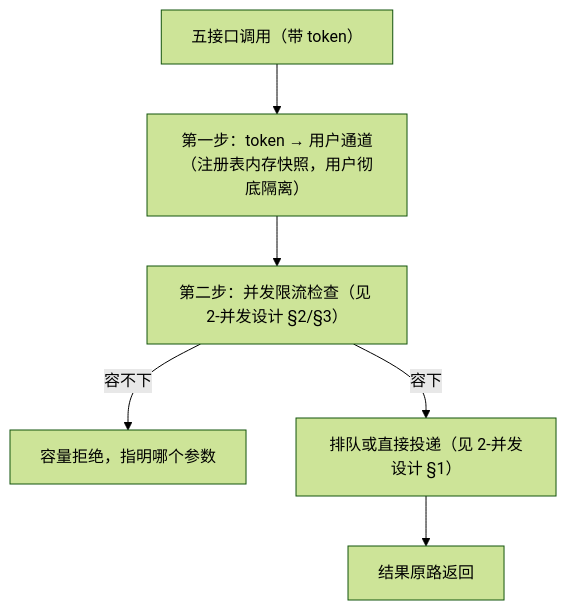
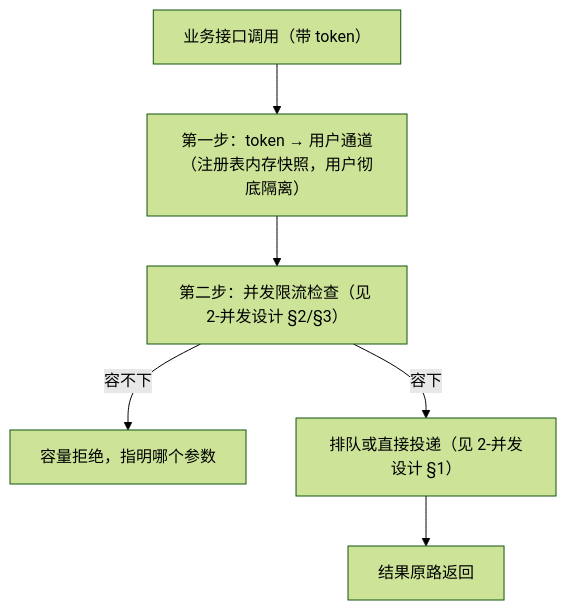
One commit to GentLau/virtuoso-bridge-NCS changed the diagram in spec/design-concepts/中层/3-路由设计.md. Above: the diagram before and after it, drawn with Mermaid (forest theme). The commit also changed other lines of this file and 8 other files, not shown here.

````diff
--- a/spec/design-concepts/中层/3-路由设计.md
+++ b/spec/design-concepts/中层/3-路由设计.md
@@ -17,8 +17,8 @@
 ```mermaid
 flowchart TD
-    A[五接口调用（带 token）] --> B["第一步：token → 用户通道（注册表内存快照，用户彻底隔离）"]
+    A[业务接口调用（带 token）] --> B["第一步：token → 用户通道（注册表内存快照，用户彻底隔离）"]
     B --> C["第二步：并发限流检查（见 2-并发设计 §2/§3）"]
     C -- 容不下 --> R["容量拒绝，指明哪个参数"]
     C -- 容下 --> D["排队或直接投递（见 2-并发设计 §1）"]
     D --> E[结果原路返回]
 ```
````
